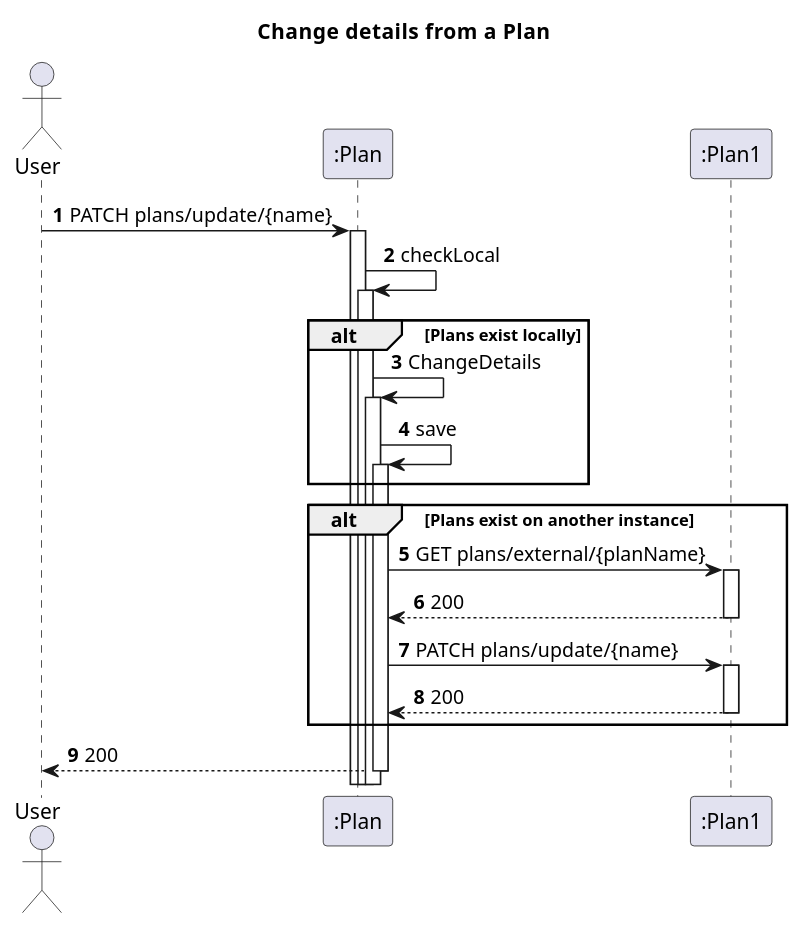
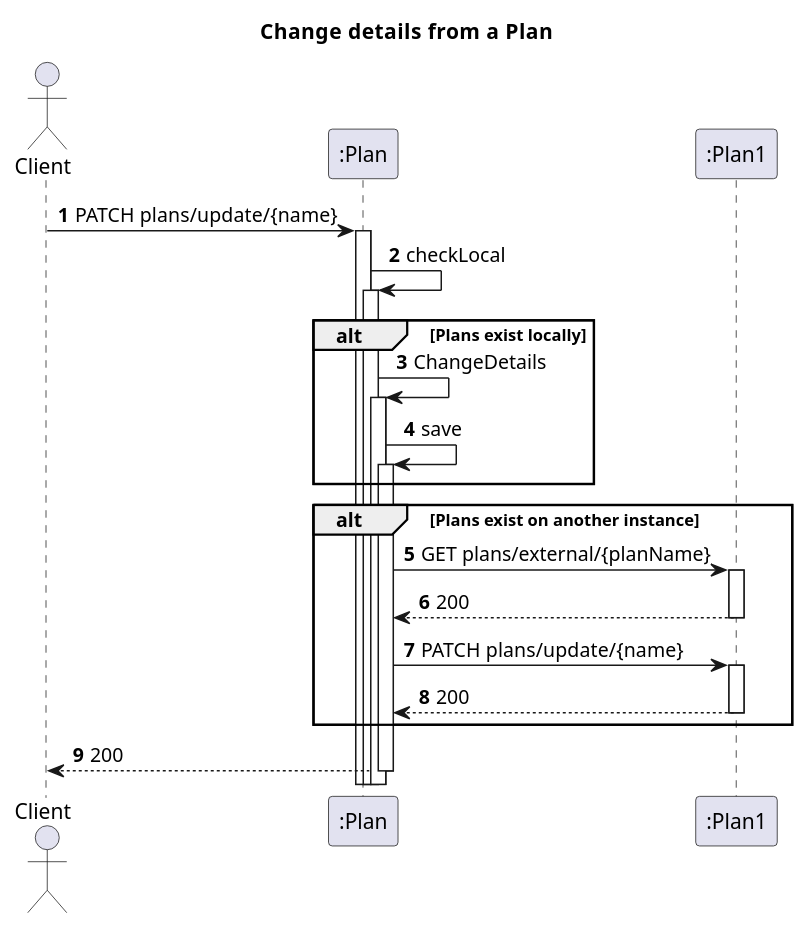
The diagram in docs_sidis/Plans/Vista_Logica/N2/N2_ChangeDetails_Plan.puml (IsepMartimOliveira/SIDIS), drawn with PlantUML before and after one commit. The commit also changed 7 other files, not shown here.

```diff
--- a/docs_sidis/Plans/Vista_Logica/N2/N2_ChangeDetails_Plan.puml
+++ b/docs_sidis/Plans/Vista_Logica/N2/N2_ChangeDetails_Plan.puml
@@ -1,37 +1,37 @@
 @startuml
 'https://plantuml.com/sequence-diagram
 autoactivate on
 autonumber
 title  Change details from  a  Plan
 
 autonumber
 
-actor "User" as Ac
+actor "Client" as Ac
 participant ":Plan" as Auth
 participant ":Plan1" as Serv
 
 
 Ac->Auth:PATCH plans/update/{name}
 Auth->Auth:checkLocal
 
 alt Plans exist locally
 Auth->Auth:ChangeDetails
 Auth->Auth:save
 end
 alt Plans exist on another instance
 Auth->Serv: GET plans/external/{planName}
 Serv-->Auth:200
 Auth->Serv:PATCH plans/update/{name}
 Serv-->Auth:200
 end
 Auth-->Ac:200
 
 
 
 
 
 
 
 
 
 @enduml
```
